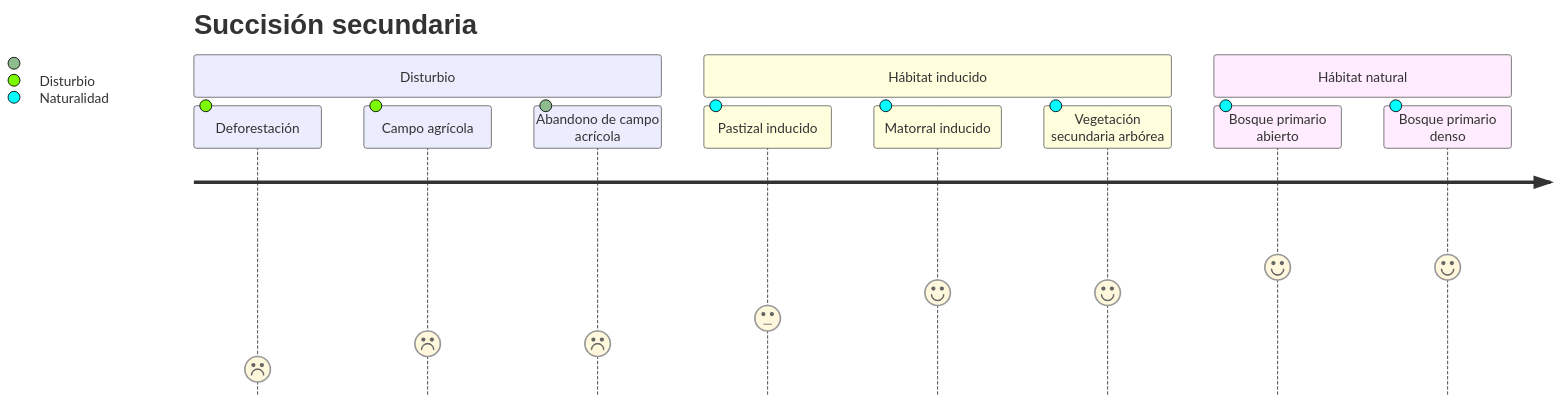
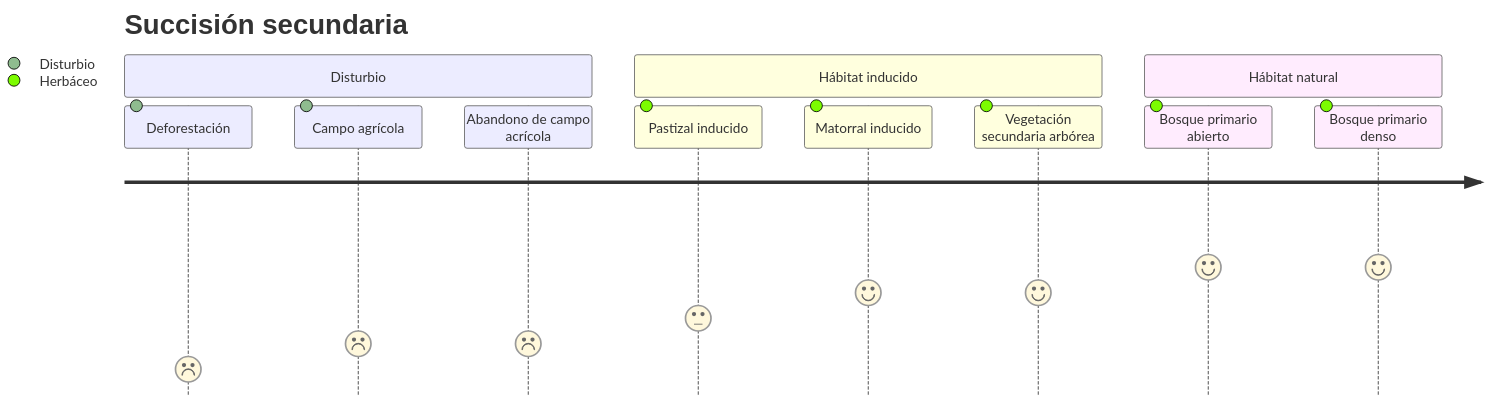
Before and after one commit to vshalisko/mixed_GIS_related_scripts: the diagram in LULC/Tapalpa_succesion.mermaid, drawn with Mermaid.

```diff
--- a/LULC/Tapalpa_succesion.mermaid
+++ b/LULC/Tapalpa_succesion.mermaid
@@ -1,13 +1,13 @@
 journey
     title Succisión secundaria
     section Disturbio
       Deforestación: 1: Disturbio
       Campo agrícola: 2: Disturbio
-      Abandono de campo acrícola: 2: 
+      Abandono de campo acrícola: 2
     section Hábitat inducido
-      Pastizal inducido: 3: Naturalidad
-      Matorral inducido: 4: Naturalidad
-      Vegetación secundaria arbórea: 4: Naturalidad
+      Pastizal inducido: 3: Herbáceo
+      Matorral inducido: 4: Herbáceo: Arbustivo
+      Vegetación secundaria arbórea: 4: Herbáceo: Arbustivo: Arboreo
     section Hábitat natural
-      Bosque primario abierto: 5: Naturalidad
-      Bosque primario denso: 5: Naturalidad
+      Bosque primario abierto: 5:  Herbáceo: Arbustivo: Arboreo
+      Bosque primario denso: 5: Herbáceo: Arboreo
```
